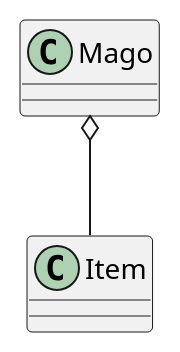
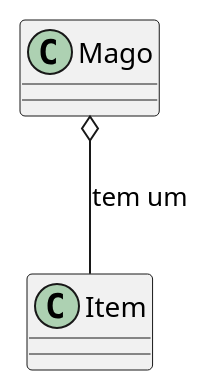
Before and after one commit to fellowsheep/APOO2025-2: the fourth of 11 diagrams in Exemplos/ExemploRelacionamentos/RelacionamentoClasses.md, drawn with PlantUML. The commit also changed other lines of this file and 14 other files, not shown here.

Commit message:
Adicionadas as imagens de diagrama de classes

````diff
--- a/Exemplos/ExemploRelacionamentos/RelacionamentoClasses.md
+++ b/Exemplos/ExemploRelacionamentos/RelacionamentoClasses.md
@@ -111,12 +119,8 @@
 ```plantuml
-@startuml
-skinparam classAttributeIconSize 0
-hide emptyMembers
-
+@startuml agregacaoRPG
 class Mago
 class Item
-
 ' O Mago "tem um" Item
-Mago o-- Item
+Mago o-- Item: tem um 
 @enduml
 ```
````
